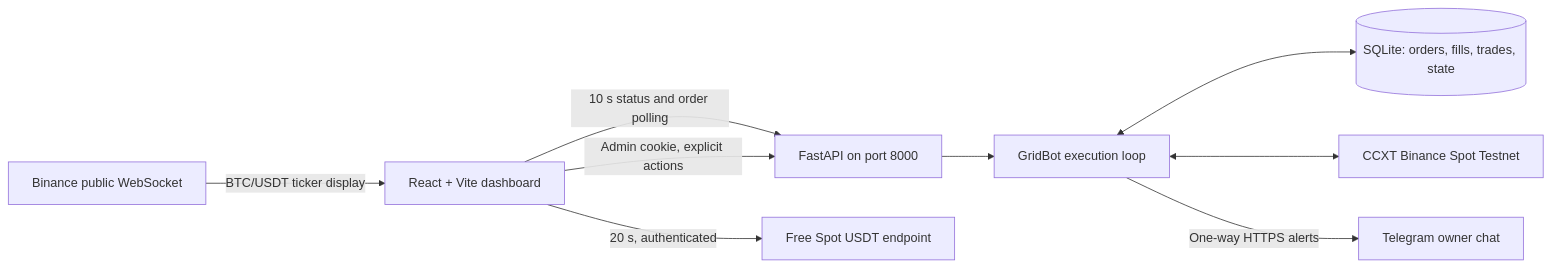
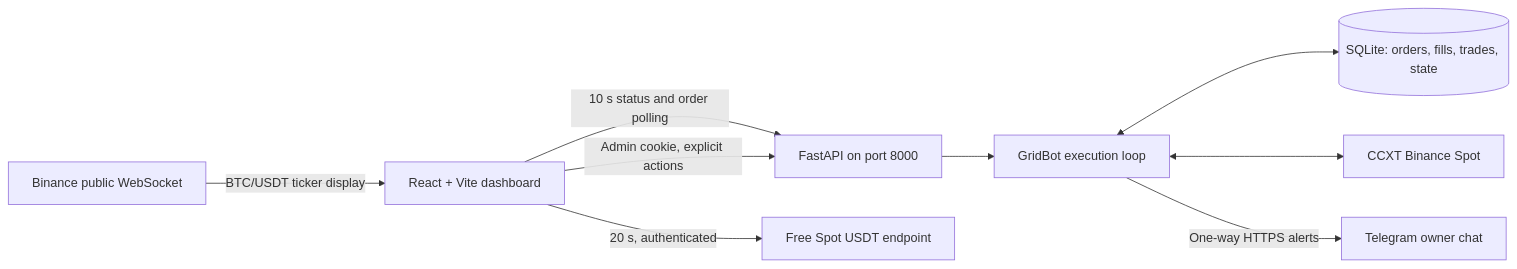
Before and after one commit to yoengyudev/binance-grid-bot-architect: the diagram in README.md, drawn with Mermaid. The commit also changed other lines of this file and 18 other files, not shown here.

````diff
--- a/README.md
+++ b/README.md
@@ -9,11 +37,11 @@
 ```mermaid
 flowchart LR
     UI[React + Vite dashboard] -->|10 s status and order polling| API[FastAPI on port 8000]
     UI -->|20 s, authenticated| Wallet[Free Spot USDT endpoint]
     UI -->|Admin cookie, explicit actions| API
     Public[Binance public WebSocket] -->|BTC/USDT ticker display| UI
     API --> Engine[GridBot execution loop]
     Engine <--> DB[(SQLite: orders, fills, trades, state)]
-    Engine <--> CCXT[CCXT Binance Spot Testnet]
+    Engine <--> CCXT[CCXT Binance Spot]
     Engine -->|One-way HTTPS alerts| TG[Telegram owner chat]
 ```
````
